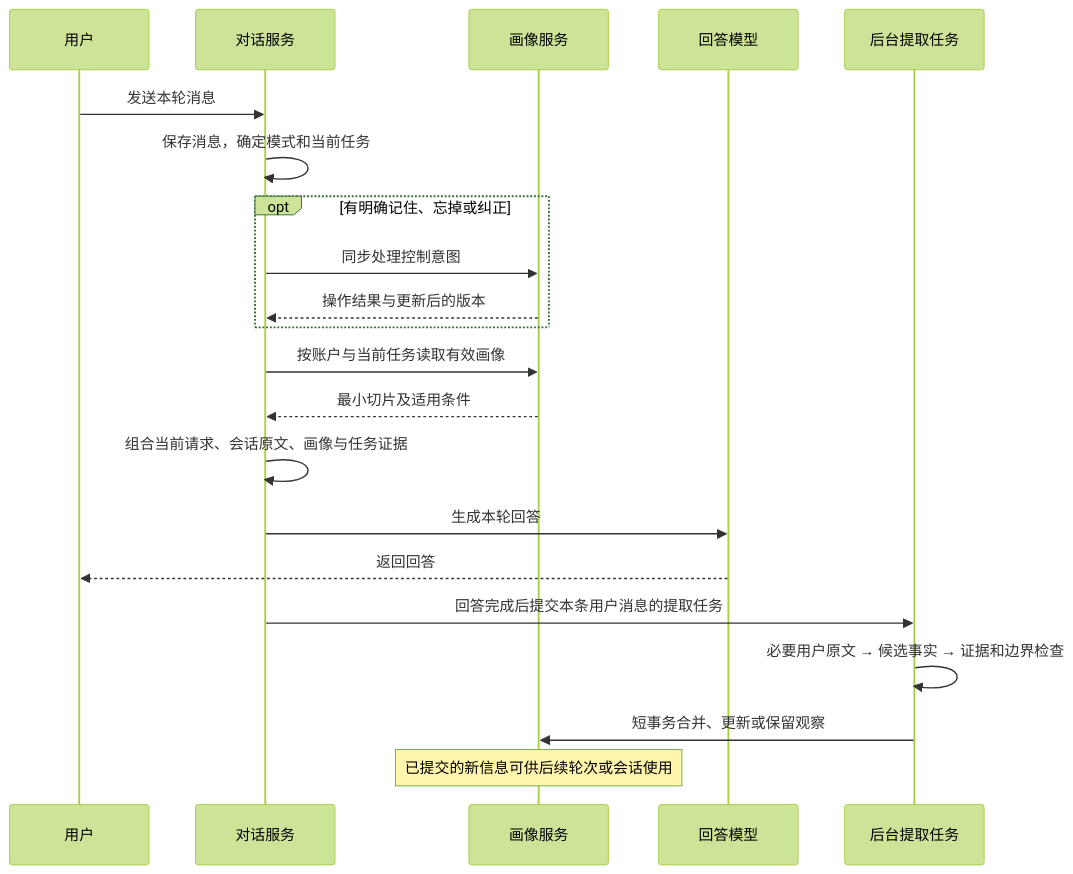
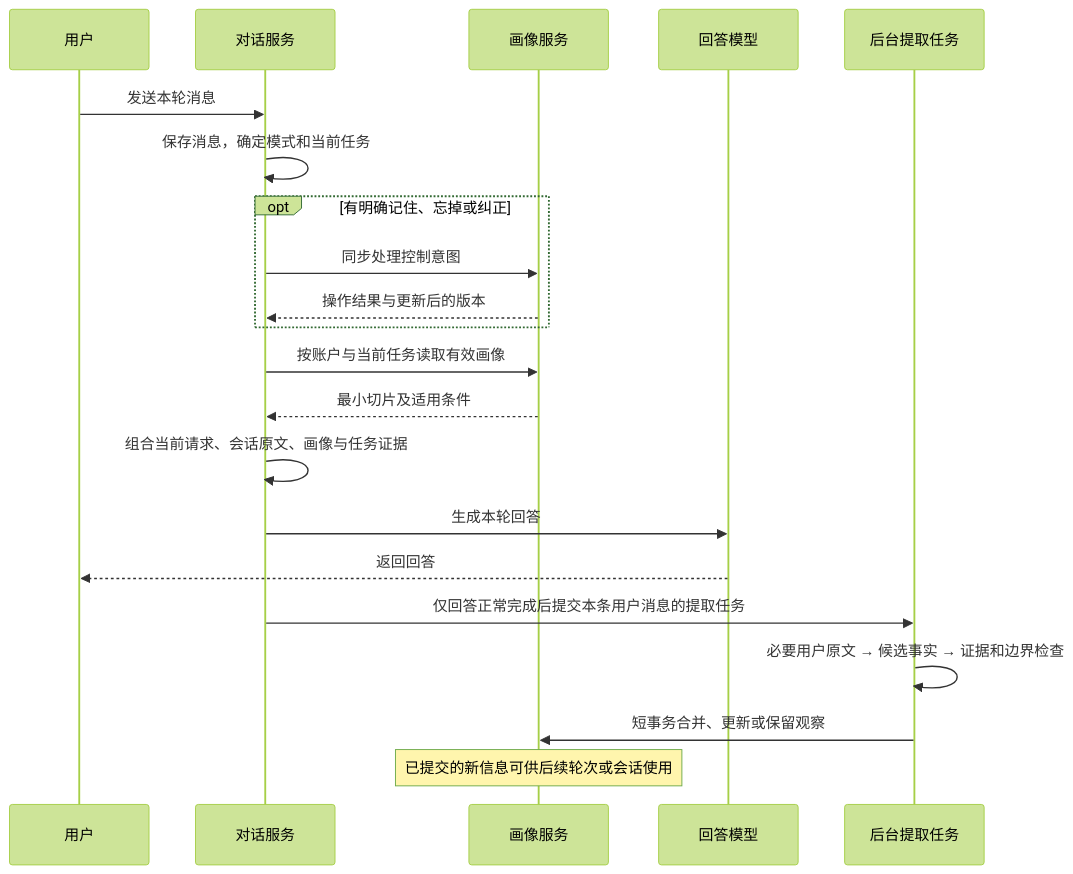
One commit to 64922/BridGes changed the diagram in docs/用户画像/提取时机与回答应用流程.md. Above: the diagram before and after it, drawn with Mermaid (forest theme). The commit also changed other lines of this file and 12 other files, not shown here.

````diff
--- a/docs/用户画像/提取时机与回答应用流程.md
+++ b/docs/用户画像/提取时机与回答应用流程.md
@@ -23,23 +23,23 @@
 ```mermaid
 sequenceDiagram
     participant U as 用户
     participant C as 对话服务
     participant P as 画像服务
     participant M as 回答模型
     participant Q as 后台提取任务
     U->>C: 发送本轮消息
     C->>C: 保存消息，确定模式和当前任务
     opt 有明确记住、忘掉或纠正
         C->>P: 同步处理控制意图
         P-->>C: 操作结果与更新后的版本
     end
     C->>P: 按账户与当前任务读取有效画像
     P-->>C: 最小切片及适用条件
     C->>C: 组合当前请求、会话原文、画像与任务证据
     C->>M: 生成本轮回答
     M-->>U: 返回回答
-    C->>Q: 回答完成后提交本条用户消息的提取任务
+    C->>Q: 仅回答正常完成后提交本条用户消息的提取任务
     Q->>Q: 必要用户原文 → 候选事实 → 证据和边界检查
     Q->>P: 短事务合并、更新或保留观察
     Note over P: 已提交的新信息可供后续轮次或会话使用
 ```
````
